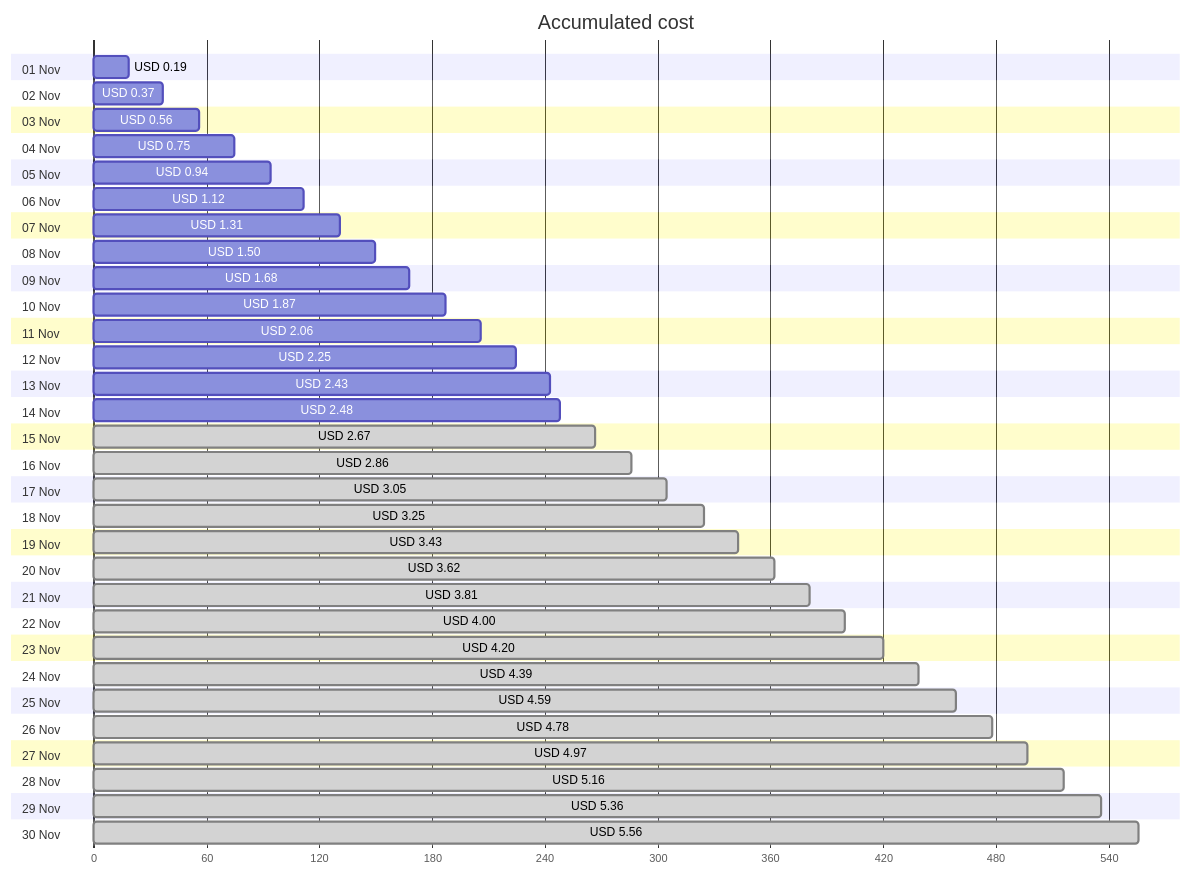
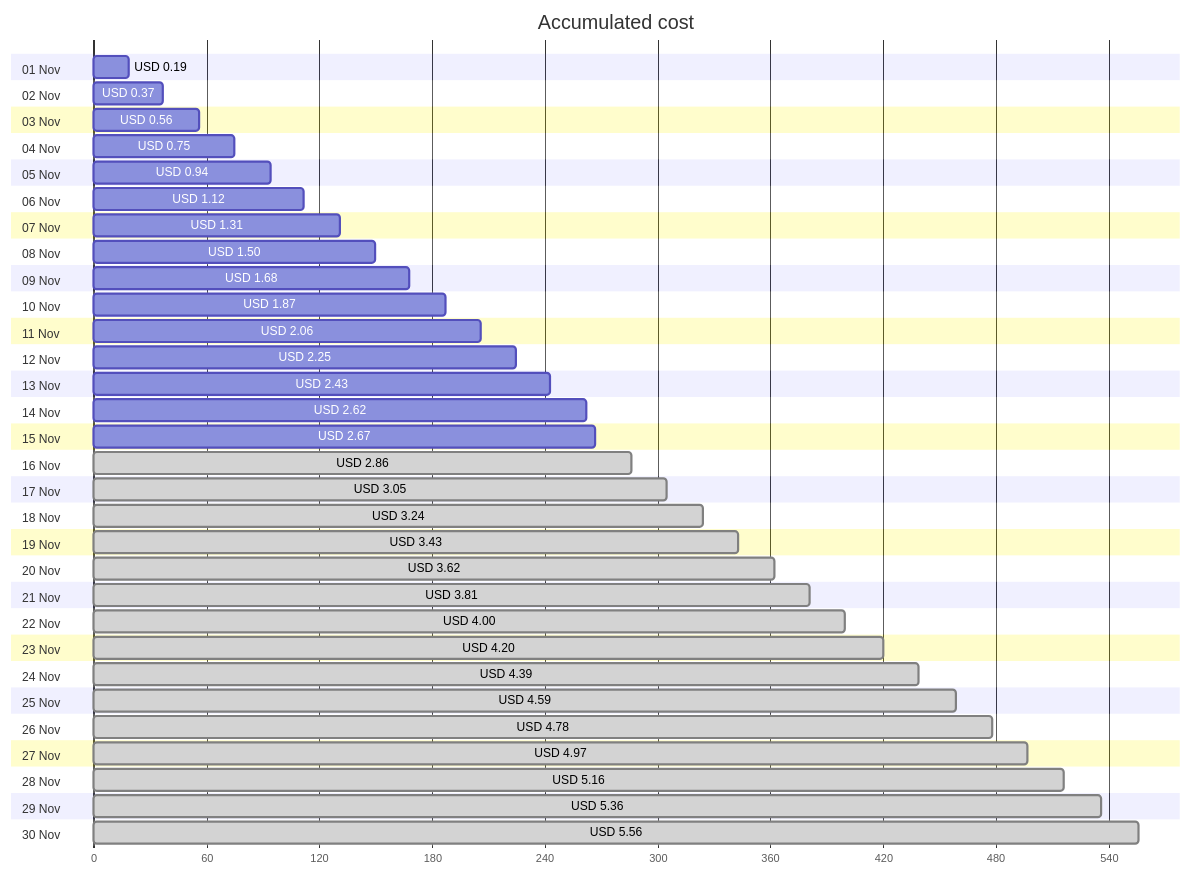
One commit to jpfulton/azure-personal-reports changed the first of 4 diagrams in cost-reports/personal-network/backup-server.md. Above: the diagram before and after it, drawn with Mermaid. The commit also changed other lines of this file and 8 other files, not shown here.

````diff
--- a/cost-reports/personal-network/backup-server.md
+++ b/cost-reports/personal-network/backup-server.md
@@ -20,66 +20,66 @@
 ```mermaid
 gantt
    title Accumulated cost
    dateFormat  X
    axisFormat %s
    section 01 Nov
    USD 0.19 :0, 19
    section 02 Nov
    USD 0.37 :0, 37
    section 03 Nov
    USD 0.56 :0, 56
    section 04 Nov
    USD 0.75 :0, 75
    section 05 Nov
    USD 0.94 :0, 94
    section 06 Nov
    USD 1.12 :0, 112
    section 07 Nov
    USD 1.31 :0, 131
    section 08 Nov
    USD 1.50 :0, 150
    section 09 Nov
    USD 1.68 :0, 168
    section 10 Nov
    USD 1.87 :0, 187
    section 11 Nov
    USD 2.06 :0, 206
    section 12 Nov
    USD 2.25 :0, 225
    section 13 Nov
    USD 2.43 :0, 243
    section 14 Nov
-   USD 2.48 :0, 248
+   USD 2.62 :0, 262
    section 15 Nov
-   USD 2.67 : done, 0, 267
+   USD 2.67 :0, 267
    section 16 Nov
    USD 2.86 : done, 0, 286
    section 17 Nov
    USD 3.05 : done, 0, 305
    section 18 Nov
-   USD 3.25 : done, 0, 325
+   USD 3.24 : done, 0, 324
    section 19 Nov
    USD 3.43 : done, 0, 343
    section 20 Nov
    USD 3.62 : done, 0, 362
    section 21 Nov
    USD 3.81 : done, 0, 381
    section 22 Nov
    USD 4.00 : done, 0, 400
    section 23 Nov
    USD 4.20 : done, 0, 420
    section 24 Nov
    USD 4.39 : done, 0, 439
    section 25 Nov
    USD 4.59 : done, 0, 459
    section 26 Nov
    USD 4.78 : done, 0, 478
    section 27 Nov
    USD 4.97 : done, 0, 497
    section 28 Nov
    USD 5.16 : done, 0, 516
    section 29 Nov
    USD 5.36 : done, 0, 536
    section 30 Nov
    USD 5.56 : done, 0, 556
 ```
````
